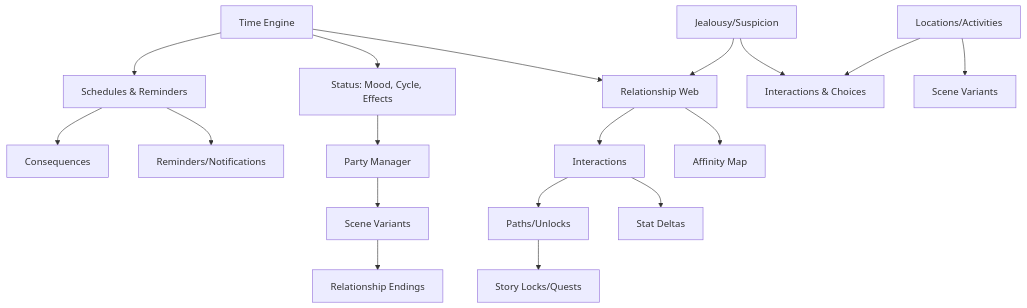
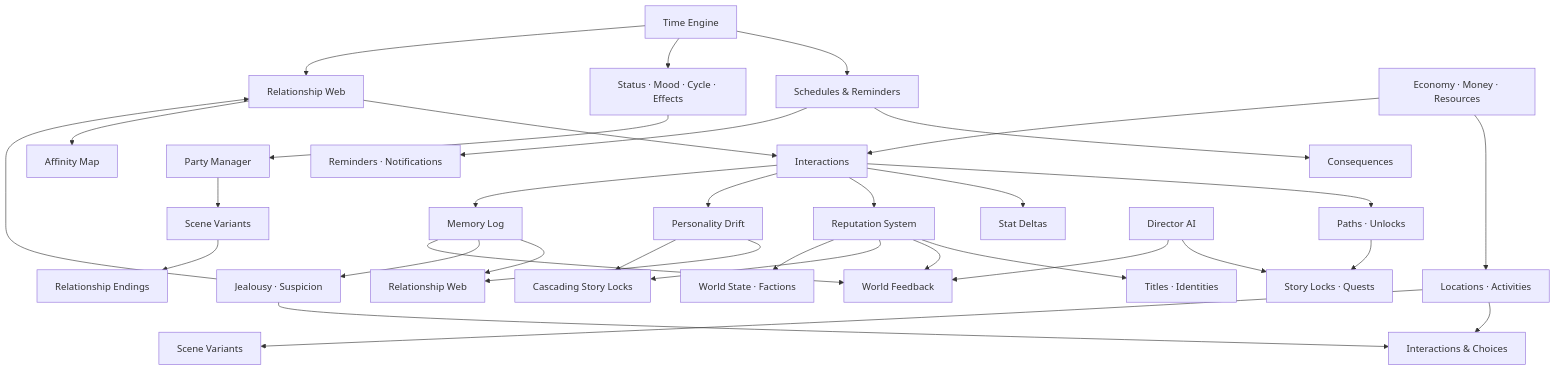
The first of 4 diagrams in docs/ROADMAP.md (murraymint1991/woven-pulse), drawn with Mermaid before and after one commit. The commit also changed other lines of this file, not shown here.

````diff
--- a/docs/ROADMAP.md
+++ b/docs/ROADMAP.md
@@ -9,22 +9,38 @@
 ```mermaid
 flowchart TD
     A[Time Engine] --> B[Schedules & Reminders]
-    A --> C[Status: Mood, Cycle, Effects]
+    A --> C[Status · Mood · Cycle · Effects]
     A --> D[Relationship Web]
     D --> E[Interactions]
-    E --> F[Paths/Unlocks]
-    F --> G[Story Locks/Quests]
+    E --> F[Paths · Unlocks]
+    F --> G[Story Locks · Quests]
     C --> H[Party Manager]
     H --> I[Scene Variants]
     I --> J[Relationship Endings]
-    L[Jealousy/Suspicion] --> D
+    L[Jealousy · Suspicion] --> D
     L --> P[Interactions & Choices]
-    N[Locations/Activities] --> P
+    N[Locations · Activities] --> P
     N --> Q[Scene Variants]
     B --> O[Consequences]
     E --> T[Stat Deltas]
     D --> U[Affinity Map]
-    B --> V[Reminders/Notifications]
-    %% Status is influenced continuously
-    %% (mood, cycle, effects)
+    B --> V[Reminders · Notifications]
+
+    %% Phase D + Expansion
+    E --> Rep[Reputation System]
+    E --> Drift[Personality Drift]
+    E --> M[Memory Log]
+    Rep --> Titles[Titles · Identities]
+    Rep --> Feedback[World Feedback]
+    Rep --> Locks[Cascading Story Locks]
+    Drift --> Rel[Relationship Web]
+    Drift --> Locks
+    M --> Rel
+    M --> L
+    M --> Feedback
+    Econ[Economy · Money · Resources] --> N
+    Econ --> E
+    Rep --> Factions[World State · Factions]
+    Dir[Director AI] --> G
+    Dir --> Feedback
 ```
````
